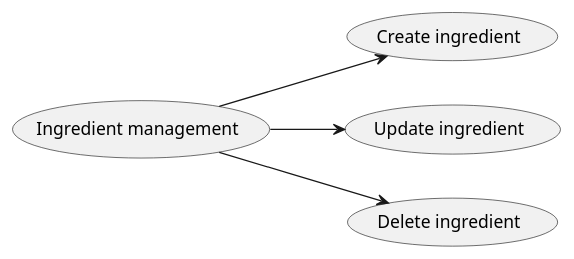
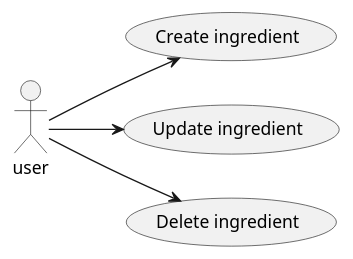
Before and after one commit to iusildra/WineCellar: the second of 13 diagrams in doc/reports/usecaseAnalysis/plantuml/detailledUsecases.plantuml, drawn with PlantUML. The commit also changed other lines of this file and 38 other files, not shown here.

```diff
--- a/doc/reports/usecaseAnalysis/plantuml/detailledUsecases.plantuml
+++ b/doc/reports/usecaseAnalysis/plantuml/detailledUsecases.plantuml
@@ -13,11 +12,10 @@
 @startuml ingredientManagement
 left to right direction
-(Ingredient management) as management
 (Create ingredient) as createI
 (Update ingredient) as updateI
 (Delete ingredient) as deleteI
 
-management --> createI
-management --> updateI
-management --> deleteI
+user --> createI
+user --> updateI
+user --> deleteI
 @enduml
```
